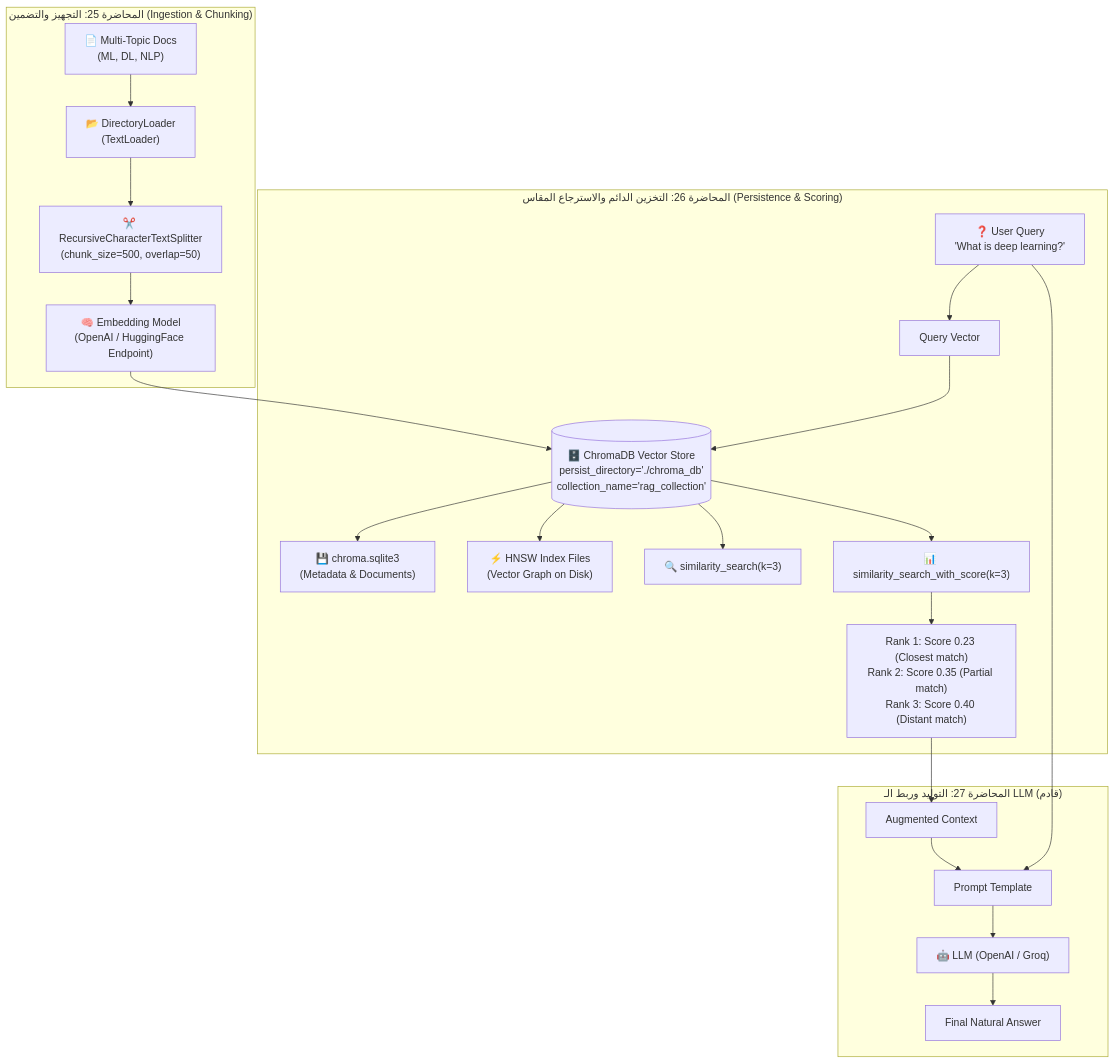
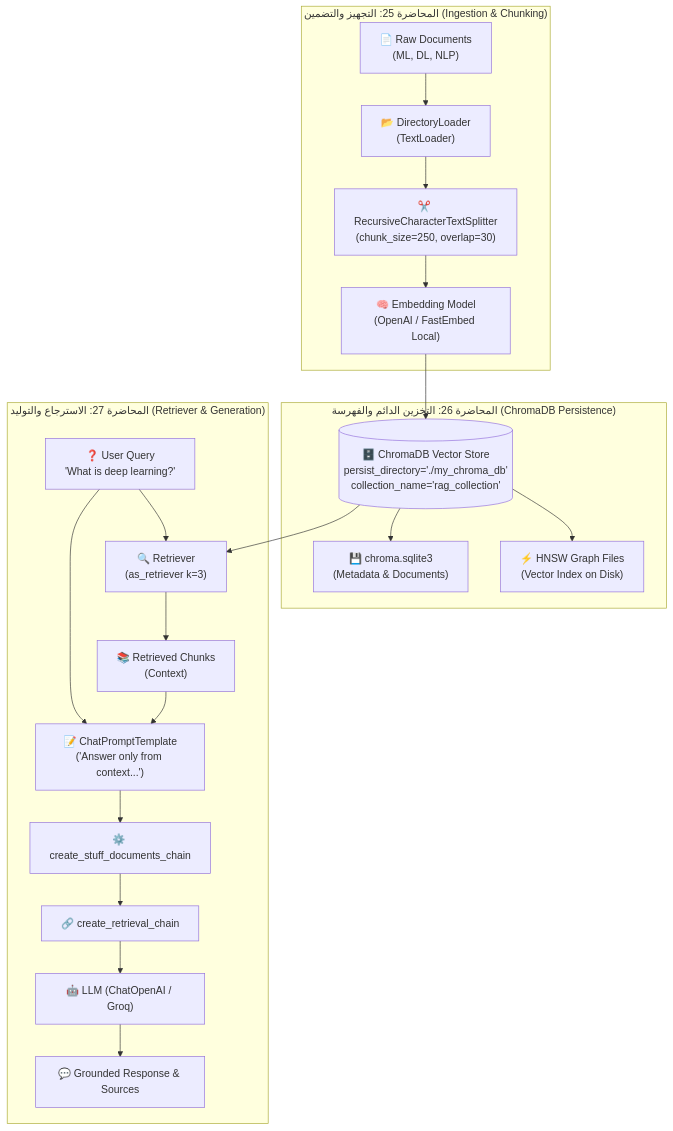
One commit to ali-abofouda/RAG-Mastery changed the diagram in stages/03-vector-stores-and-databases/02-traditional-rag-chromadb/README.md. Above: the diagram before and after it, drawn with Mermaid. The commit also changed other lines of this file and 3 other files, not shown here.

Commit message:
Complete Lecture 27: Traditional RAG with ChromaDB Part 3 and finalize trilogy

````diff
--- a/stages/03-vector-stores-and-databases/02-traditional-rag-chromadb/README.md
+++ b/stages/03-vector-stores-and-databases/02-traditional-rag-chromadb/README.md
@@ -23,29 +25,26 @@
 ```mermaid
 flowchart TD
     subgraph Part1 ["المحاضرة 25: التجهيز والتضمين (Ingestion & Chunking)"]
-        D1["📄 Multi-Topic Docs\n(ML, DL, NLP)"] --> D2["📂 DirectoryLoader\n(TextLoader)"]
-        D2 --> S1["✂️ RecursiveCharacterTextSplitter\n(chunk_size=500, overlap=50)"]
-        S1 --> E1["🧠 Embedding Model\n(OpenAI / HuggingFace Endpoint)"]
+        D1["📄 Raw Documents\n(ML, DL, NLP)"] --> D2["📂 DirectoryLoader\n(TextLoader)"]
+        D2 --> S1["✂️ RecursiveCharacterTextSplitter\n(chunk_size=250, overlap=30)"]
+        S1 --> E1["🧠 Embedding Model\n(OpenAI / FastEmbed Local)"]
     end
 
-    subgraph Part2 ["المحاضرة 26: التخزين الدائم والاسترجاع المقاس (Persistence & Scoring)"]
-        E1 --> V1[("🗄️ ChromaDB Vector Store\npersist_directory='./chroma_db'\ncollection_name='rag_collection'")]
+    subgraph Part2 ["المحاضرة 26: التخزين الدائم والفهرسة (ChromaDB Persistence)"]
+        E1 --> V1[("🗄️ ChromaDB Vector Store\npersist_directory='./my_chroma_db'\ncollection_name='rag_collection'")]
         V1 --> DB1["💾 chroma.sqlite3\n(Metadata & Documents)"]
-        V1 --> DB2["⚡ HNSW Index Files\n(Vector Graph on Disk)"]
-        
-        Q["❓ User Query\n'What is deep learning?'"] --> EQ["Query Vector"]
-        EQ --> V1
-        
-        V1 --> SS["🔍 similarity_search(k=3)"]
-        V1 --> SSS["📊 similarity_search_with_score(k=3)"]
-        
-        SSS --> RES["Rank 1: Score 0.23 (Closest match)\nRank 2: Score 0.35 (Partial match)\nRank 3: Score 0.40 (Distant match)"]
+        V1 --> DB2["⚡ HNSW Graph Files\n(Vector Index on Disk)"]
     end
 
-    subgraph Part3 ["المحاضرة 27: التوليد وربط الـ LLM (قادم)"]
-        RES --> CTX["Augmented Context"]
-        CTX & Q --> PROMPT["Prompt Template"]
-        PROMPT --> LLM["🤖 LLM (OpenAI / Groq)"]
-        LLM --> OUT["Final Natural Answer"]
+    subgraph Part3 ["المحاضرة 27: الاسترجاع والتوليد (Retriever & Generation)"]
+        V1 --> RET["🔍 Retriever\n(as_retriever k=3)"]
+        Q["❓ User Query\n'What is deep learning?'"] --> RET
+        RET --> CHUNKS["📚 Retrieved Chunks\n(Context)"]
+        
+        CHUNKS & Q --> PMT["📝 ChatPromptTemplate\n('Answer only from context...')"]
+        PMT --> CHN["⚙️ create_stuff_documents_chain"]
+        CHN --> RAG["🔗 create_retrieval_chain"]
+        RAG --> LLM["🤖 LLM (ChatOpenAI / Groq)"]
+        LLM --> OUT["💬 Grounded Response & Sources"]
     end
 ```
````
